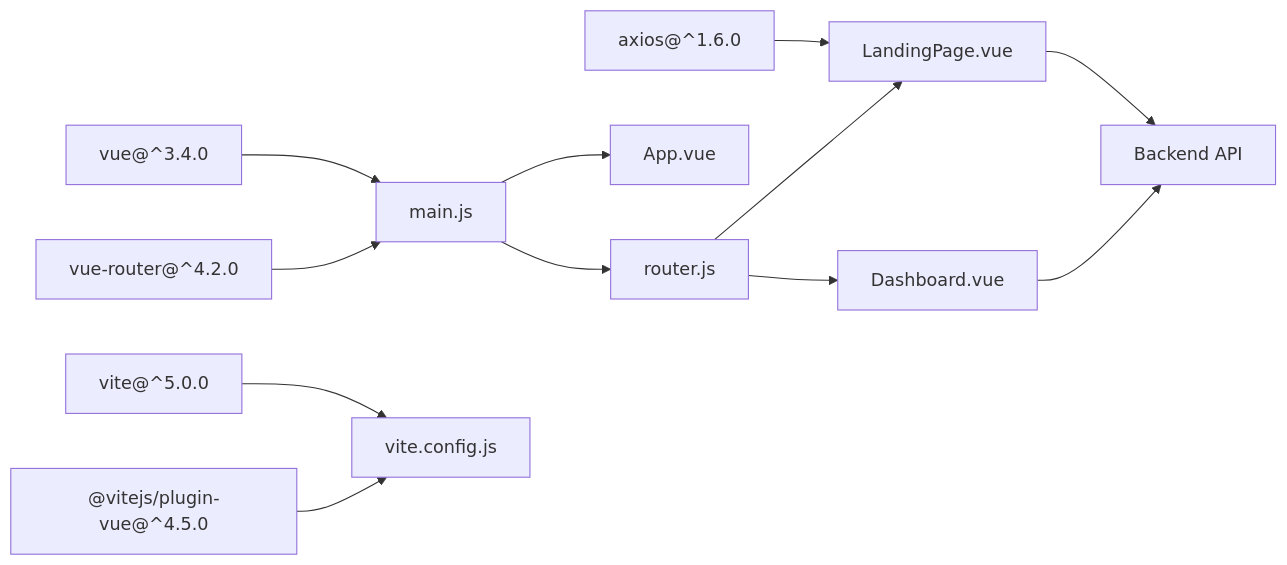
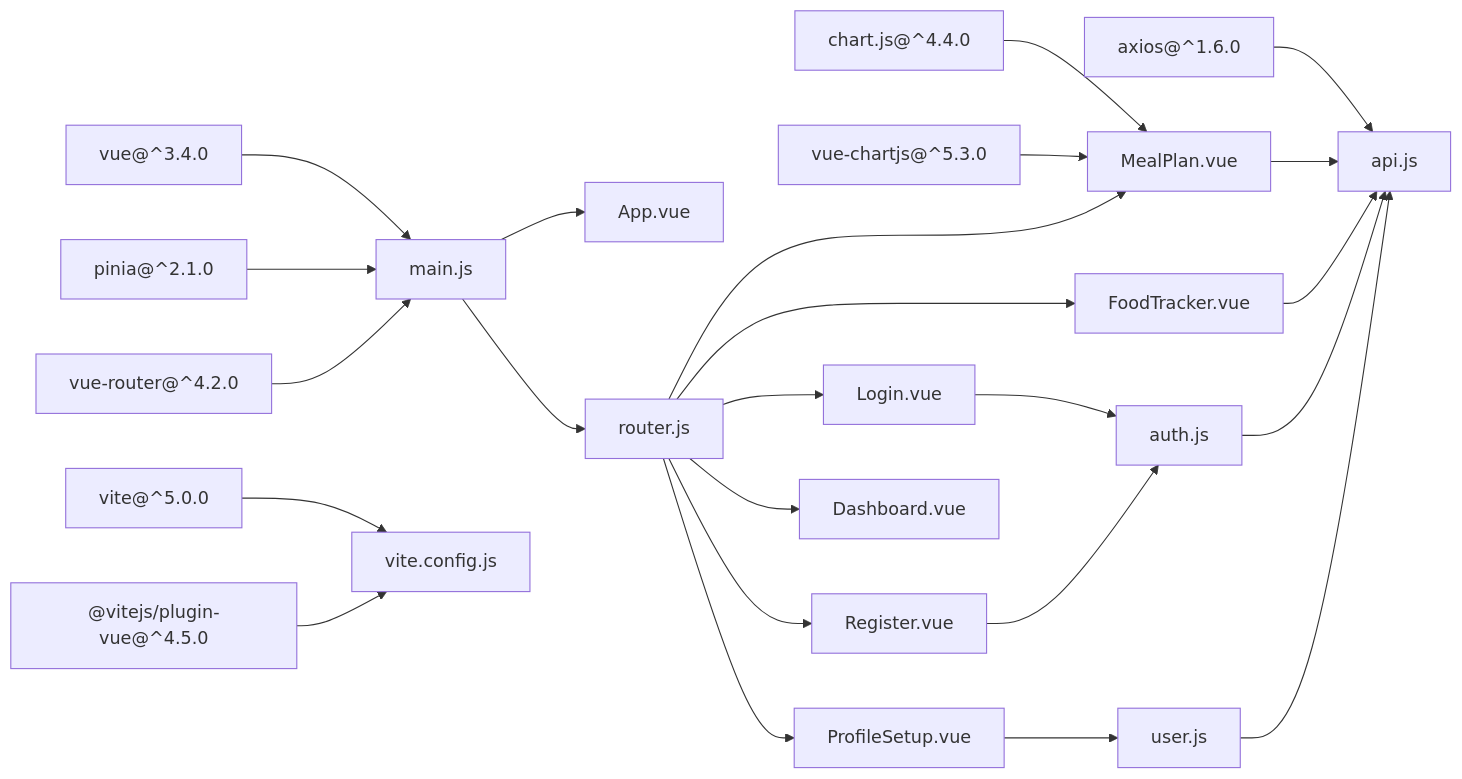
Before and after one commit to hsarjun04-netizen/NUTRICooACH: the third of 3 diagrams in .qoder/repowiki/en/content/Frontend Application/Vue.js Application Architecture.md, drawn with Mermaid. The commit also changed other lines of this file and 7 other files, not shown here.

````diff
--- a/.qoder/repowiki/en/content/Frontend Application/Vue.js Application Architecture.md
+++ b/.qoder/repowiki/en/content/Frontend Application/Vue.js Application Architecture.md
@@ -242,14 +288,26 @@
 ```mermaid
 graph LR
 Vue["vue@^3.4.0"] --> Main["main.js"]
+Pinia["pinia@^2.1.0"] --> Main
 Router["vue-router@^4.2.0"] --> Main
-Axios["axios@^1.6.0"] --> Landing["LandingPage.vue"]
+Axios["axios@^1.6.0"] --> API["api.js"]
+ChartJS["chart.js@^4.4.0"] --> MealPlan["MealPlan.vue"]
+VueChartJS["vue-chartjs@^5.3.0"] --> MealPlan
 Vite["vite@^5.0.0"] --> VCfg["vite.config.js"]
 VPlugin["@vitejs/plugin-vue@^4.5.0"] --> VCfg
 Main --> App["App.vue"]
 Main --> RouterCfg["router.js"]
-RouterCfg --> Landing
+RouterCfg --> Login["Login.vue"]
+RouterCfg --> Register["Register.vue"]
+RouterCfg --> Profile["ProfileSetup.vue"]
 RouterCfg --> Dashboard["Dashboard.vue"]
-Landing --> Backend["Backend API"]
-Dashboard --> Backend
+RouterCfg --> MealPlan
+RouterCfg --> Tracker["FoodTracker.vue"]
+Login --> AuthStore["auth.js"]
+Register --> AuthStore
+Profile --> UserStore["user.js"]
+MealPlan --> API
+Tracker --> API
+AuthStore --> API
+UserStore --> API
 ```
````
